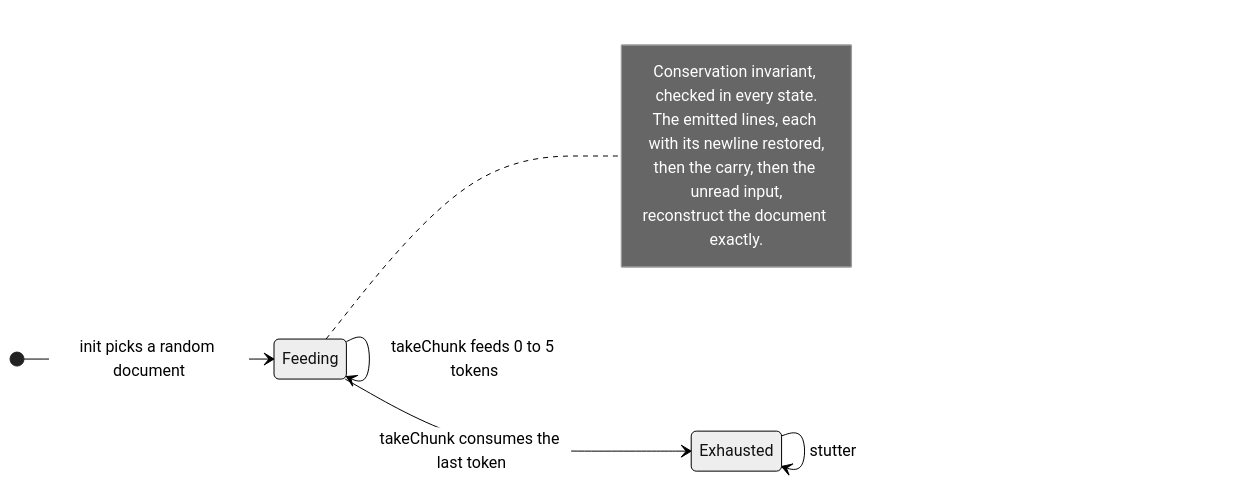
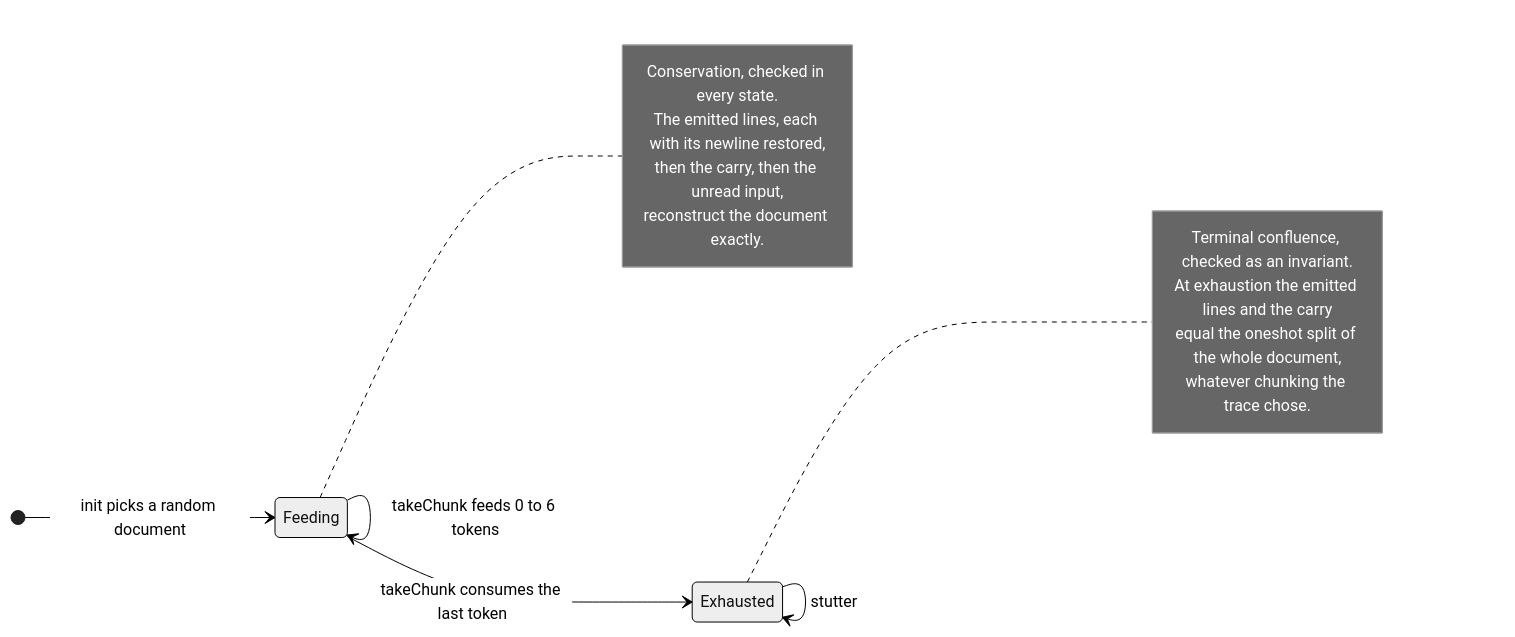
The first of 2 diagrams in verification/quint/streaming.md (xyz-tools/gcode-preview), drawn with Mermaid (neutral theme) before and after one commit. The commit also changed other lines of this file and 801 other files, not shown here.

````diff
--- a/verification/quint/streaming.md
+++ b/verification/quint/streaming.md
@@ -9,14 +15,20 @@
 ```mermaid
 stateDiagram-v2
     direction LR
     [*] --> Feeding: init picks a random document
-    Feeding --> Feeding: takeChunk feeds 0 to 5 tokens
+    Feeding --> Feeding: takeChunk feeds 0 to 6 tokens
     Feeding --> Exhausted: takeChunk consumes the last token
     Exhausted --> Exhausted: stutter
     note right of Feeding
-        Conservation invariant, checked in every state.
+        Conservation, checked in every state.
         The emitted lines, each with its newline restored,
         then the carry, then the unread input,
         reconstruct the document exactly.
     end note
+    note right of Exhausted
+        Terminal confluence, checked as an invariant.
+        At exhaustion the emitted lines and the carry
+        equal the oneshot split of the whole document,
+        whatever chunking the trace chose.
+    end note
 ```
````
